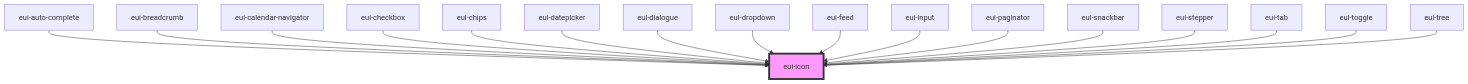
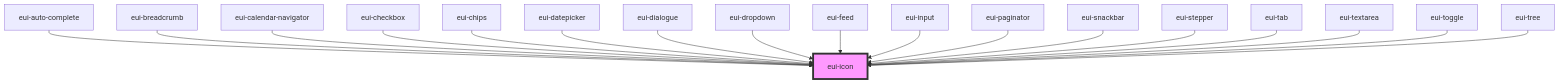
The diagram in ensemble-ui/src/components/icon/readme.md (pnd-amirhosein/U_and_I), drawn with Mermaid before and after one commit. The commit also changed other lines of this file and 18 other files, not shown here.

````diff
--- a/ensemble-ui/src/components/icon/readme.md
+++ b/ensemble-ui/src/components/icon/readme.md
@@ -39,20 +40,21 @@
 ```mermaid
 graph TD;
   eui-auto-complete --> eui-icon
   eui-breadcrumb --> eui-icon
   eui-calendar-navigator --> eui-icon
   eui-checkbox --> eui-icon
   eui-chips --> eui-icon
   eui-datepicker --> eui-icon
   eui-dialogue --> eui-icon
   eui-dropdown --> eui-icon
   eui-feed --> eui-icon
   eui-input --> eui-icon
   eui-paginator --> eui-icon
   eui-snackbar --> eui-icon
   eui-stepper --> eui-icon
   eui-tab --> eui-icon
+  eui-textarea --> eui-icon
   eui-toggle --> eui-icon
   eui-tree --> eui-icon
   style eui-icon fill:#f9f,stroke:#333,stroke-width:4px
 ```
````
